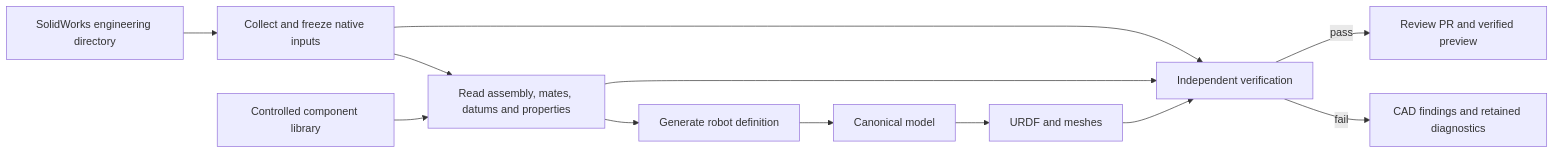
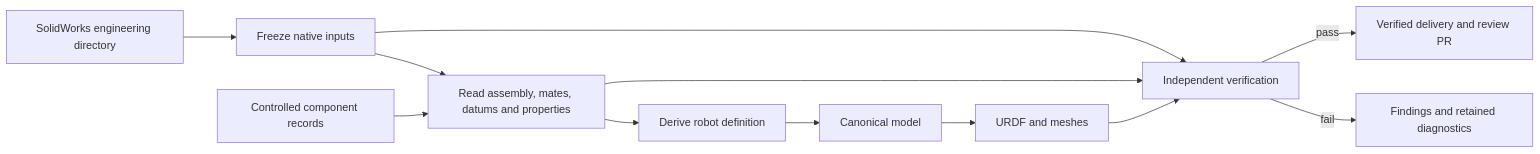
One commit to mimicverse/description-pipeline changed the diagram in docs/design.md. Above: the diagram before and after it, drawn with Mermaid. The commit also changed other lines of this file and 12 other files, not shown here.

````diff
--- a/docs/design.md
+++ b/docs/design.md
@@ -17,14 +21,14 @@
 ```mermaid
 flowchart LR
-  C[SolidWorks engineering directory] --> F[Collect and freeze native inputs]
+  C[SolidWorks engineering directory] --> F[Freeze native inputs]
   F --> R[Read assembly, mates, datums and properties]
-  L[Controlled component library] --> R
-  R --> D[Generate robot definition]
+  L[Controlled component records] --> R
+  R --> D[Derive robot definition]
   D --> M[Canonical model]
   M --> U[URDF and meshes]
   F --> V[Independent verification]
   R --> V
   U --> V
-  V -->|pass| P[Review PR and verified preview]
-  V -->|fail| E[CAD findings and retained diagnostics]
+  V -->|pass| P[Verified delivery and review PR]
+  V -->|fail| E[Findings and retained diagnostics]
 ```
````
